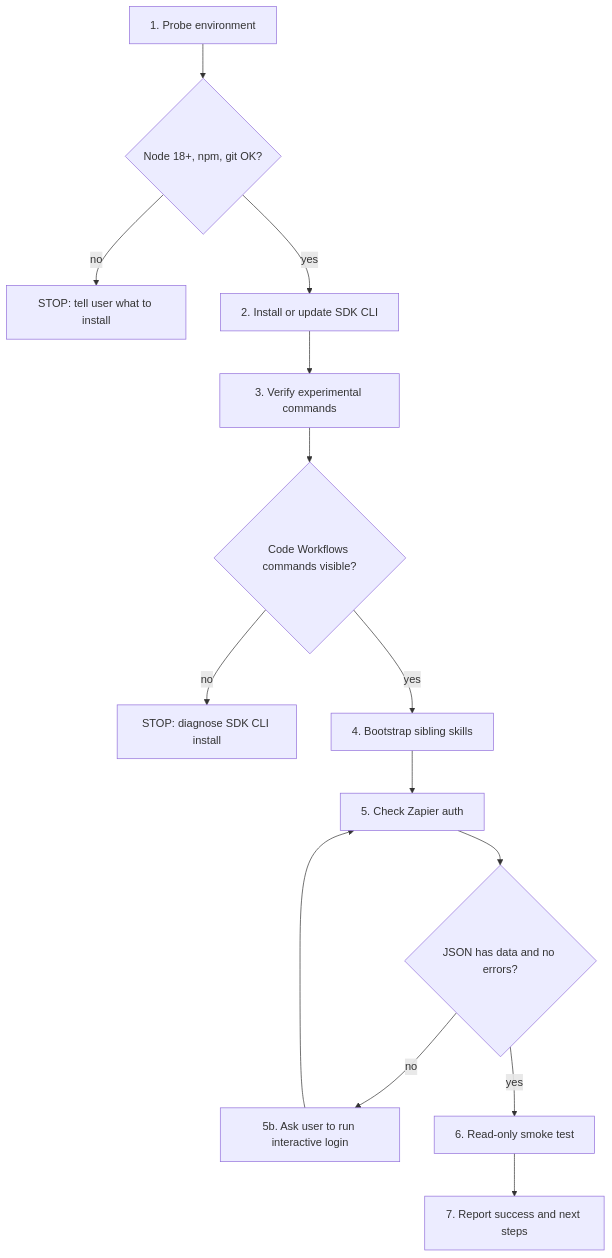
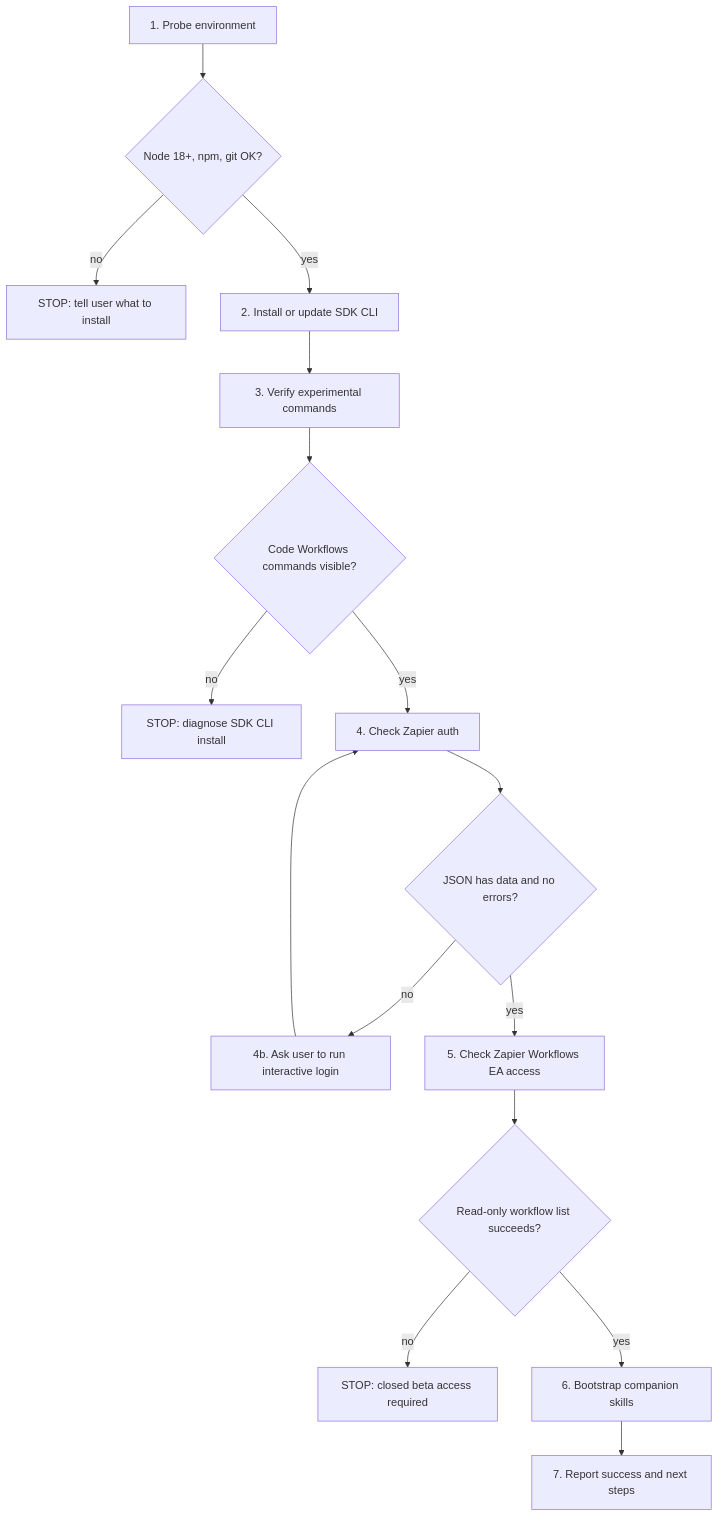
The diagram in skills/workflows/install/SKILL.md (zapier/agent-skills), drawn with Mermaid before and after one commit. The commit also changed other lines of this file and 3 other files, not shown here.

Commit message:
Update Zapier Workflows skill setup (#2)

````diff
--- a/skills/workflows/install/SKILL.md
+++ b/skills/workflows/install/SKILL.md
@@ -18,16 +18,18 @@
 ```mermaid
 flowchart TD
   probe["1. Probe environment"] --> envOk{"Node 18+, npm, git OK?"}
   envOk -->|no| stopEnv["STOP: tell user what to install"]
   envOk -->|yes| installCli["2. Install or update SDK CLI"]
   installCli --> verifyExperimental["3. Verify experimental commands"]
   verifyExperimental --> commandsOk{"Code Workflows commands visible?"}
   commandsOk -->|no| stopCli["STOP: diagnose SDK CLI install"]
-  commandsOk -->|yes| installSkills["4. Bootstrap sibling skills"]
-  installSkills --> checkAuth["5. Check Zapier auth"]
+  commandsOk -->|yes| checkAuth["4. Check Zapier auth"]
   checkAuth --> authOk{"JSON has data and no errors?"}
-  authOk -->|no| login["5b. Ask user to run interactive login"]
+  authOk -->|no| login["4b. Ask user to run interactive login"]
   login --> checkAuth
-  authOk -->|yes| smoke["6. Read-only smoke test"]
-  smoke --> report["7. Report success and next steps"]
+  authOk -->|yes| checkAccess["5. Check Zapier Workflows EA access"]
+  checkAccess --> accessOk{"Read-only workflow list succeeds?"}
+  accessOk -->|no| stopAccess["STOP: closed beta access required"]
+  accessOk -->|yes| installSkills["6. Bootstrap companion skills"]
+  installSkills --> report["7. Report success and next steps"]
 ```
````
